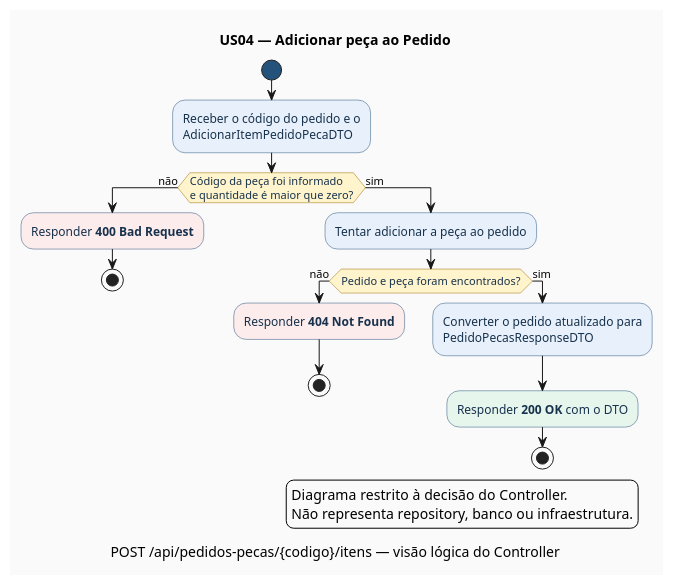
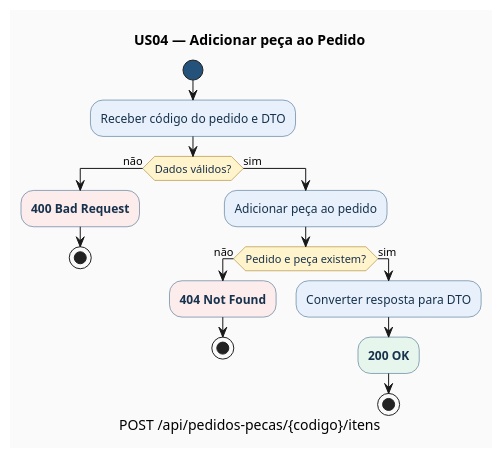
The diagram in docs/oat2/diagrama-atividade.puml (hellennverenaa/mecaniQA-api-sao-luiz), drawn with PlantUML before and after one commit. The commit also changed 6 other files, not shown here.

Commit message:
docs: simplifica diagramas da OAT 2

```diff
--- a/docs/oat2/diagrama-atividade.puml
+++ b/docs/oat2/diagrama-atividade.puml
@@ -1,45 +1,39 @@
 @startuml diagrama-atividade
 
 title US04 — Adicionar peça ao Pedido
-caption POST /api/pedidos-pecas/{codigo}/itens — visão lógica do Controller
 
 skinparam backgroundColor #FAFAFA
 skinparam shadowing false
 skinparam activity {
   BackgroundColor #E8F1FB
   BorderColor #24527A
   FontColor #17324D
   DiamondBackgroundColor #FFF4CC
   DiamondBorderColor #9A6B00
   StartColor #24527A
   EndColor #24527A
 }
 
 start
 
-:Receber o código do pedido e o
-AdicionarItemPedidoPecaDTO;
+:Receber código do pedido e DTO;
 
-if (Código da peça foi informado\ne quantidade é maior que zero?) then (não)
-  #FDECEC:Responder **400 Bad Request**;
+if (Dados válidos?) then (não)
+  #FDECEC:**400 Bad Request**;
   stop
 else (sim)
-  :Tentar adicionar a peça ao pedido;
+  :Adicionar peça ao pedido;
 
-  if (Pedido e peça foram encontrados?) then (não)
-    #FDECEC:Responder **404 Not Found**;
+  if (Pedido e peça existem?) then (não)
+    #FDECEC:**404 Not Found**;
     stop
   else (sim)
-    :Converter o pedido atualizado para
-    PedidoPecasResponseDTO;
-    #E7F6EC:Responder **200 OK** com o DTO;
+    :Converter resposta para DTO;
+    #E7F6EC:**200 OK**;
     stop
   endif
 endif
 
-legend right
-  Diagrama restrito à decisão do Controller.
-  Não representa repository, banco ou infraestrutura.
-endlegend
+caption POST /api/pedidos-pecas/{codigo}/itens
 
 @enduml
```
